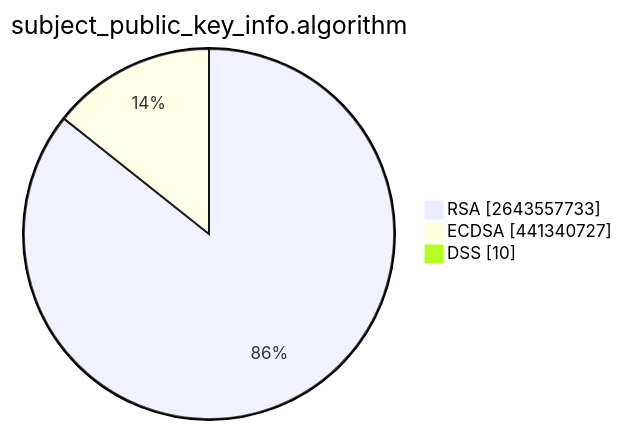
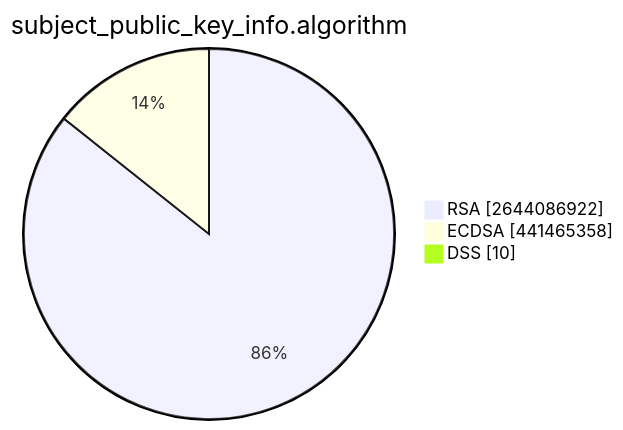
Before and after one commit to christiankrug/ctmonitor_visualization: the second of 15 diagrams in TOTAL/README.md, drawn with Mermaid. The commit also changed other lines of this file, not shown here.

````diff
--- a/TOTAL/README.md
+++ b/TOTAL/README.md
@@ -6,7 +6,7 @@
 ```mermaid
 pie showData
 title subject_public_key_info.algorithm
-"RSA" :2643557733
-"ECDSA" :441340727
+"RSA" :2644086922
+"ECDSA" :441465358
 "DSS" :10
 ```
````
